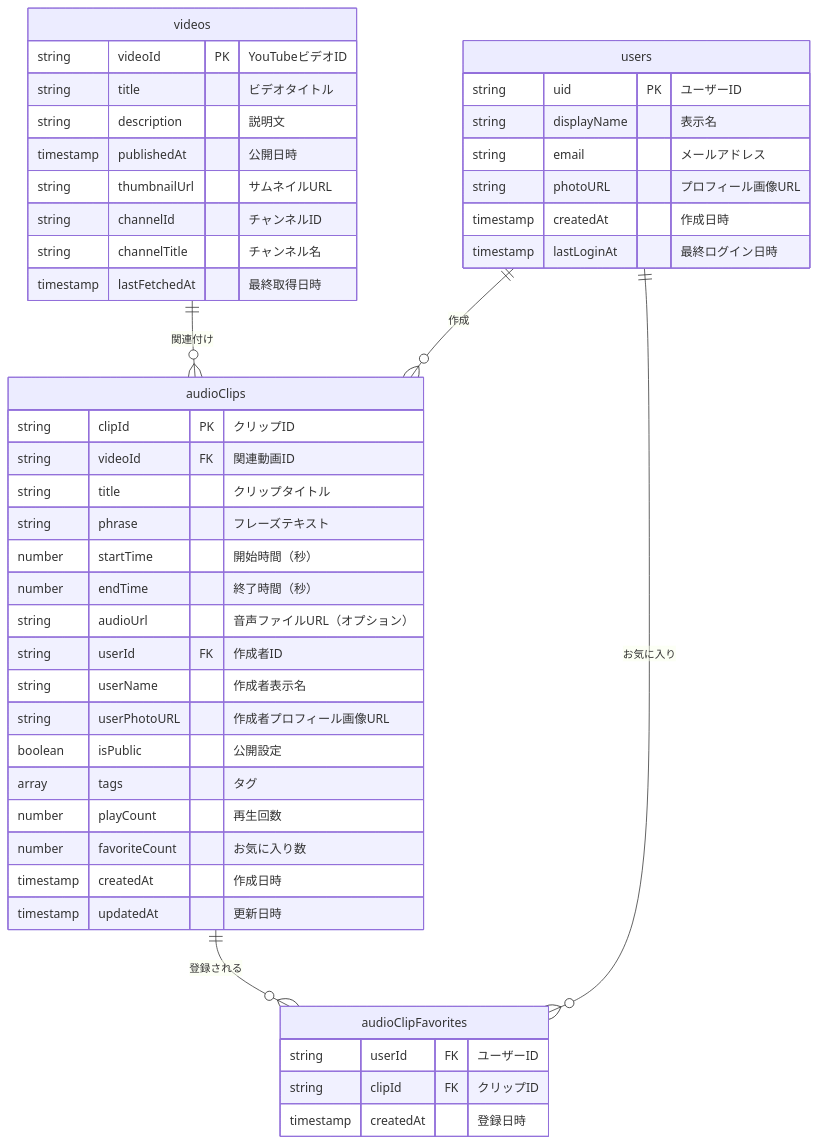
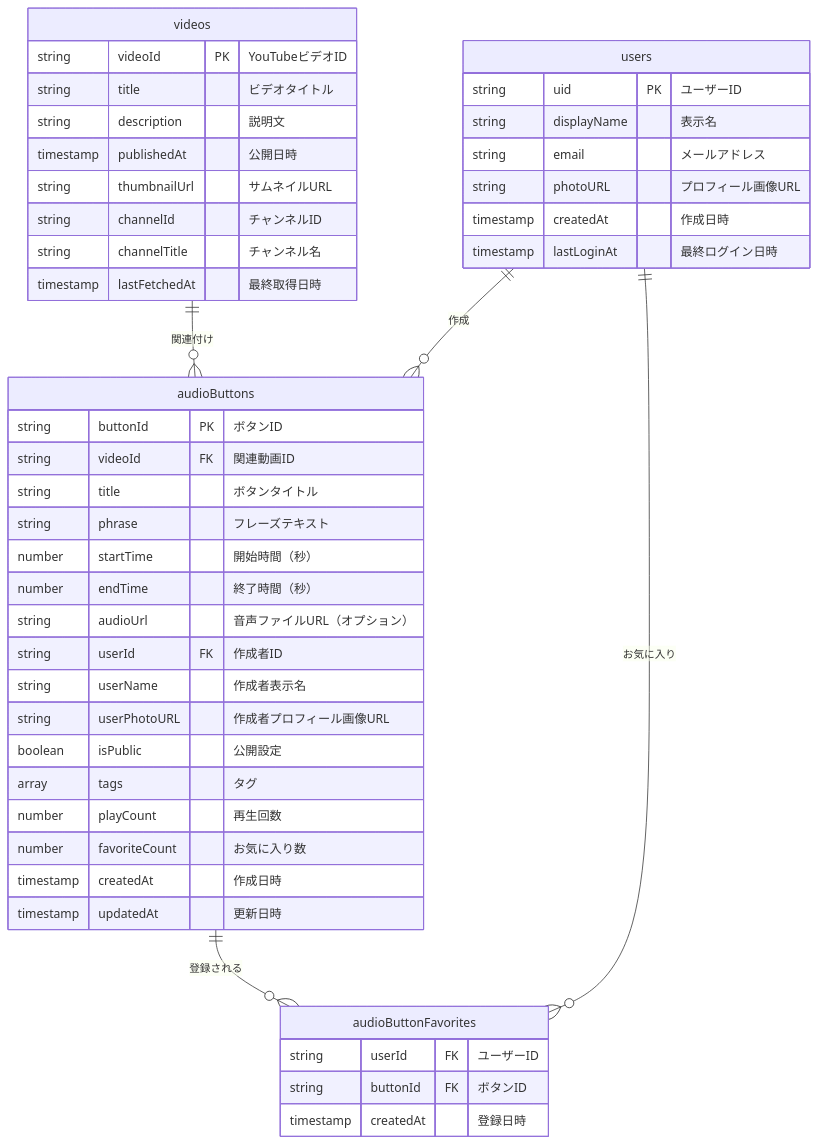
The first of 2 diagrams in docs/AUDIO_CLIP_DESIGN.md (nothink-jp/suzumina.click), drawn with Mermaid before and after one commit. The commit also changed other lines of this file and 10 other files, not shown here.

````diff
--- a/docs/AUDIO_CLIP_DESIGN.md
+++ b/docs/AUDIO_CLIP_DESIGN.md
@@ -19,52 +21,52 @@
 ```mermaid
 erDiagram
-    videos ||--o{ audioClips : "関連付け"
-    users ||--o{ audioClips : "作成"
-    users ||--o{ audioClipFavorites : "お気に入り"
-    audioClips ||--o{ audioClipFavorites : "登録される"
+    videos ||--o{ audioButtons : "関連付け"
+    users ||--o{ audioButtons : "作成"
+    users ||--o{ audioButtonFavorites : "お気に入り"
+    audioButtons ||--o{ audioButtonFavorites : "登録される"
 
     videos {
         string videoId PK "YouTubeビデオID"
         string title "ビデオタイトル"
         string description "説明文"
         timestamp publishedAt "公開日時"
         string thumbnailUrl "サムネイルURL"
         string channelId "チャンネルID"
         string channelTitle "チャンネル名"
         timestamp lastFetchedAt "最終取得日時"
     }
 
     users {
         string uid PK "ユーザーID"
         string displayName "表示名"
         string email "メールアドレス"
         string photoURL "プロフィール画像URL"
         timestamp createdAt "作成日時"
         timestamp lastLoginAt "最終ログイン日時"
     }
 
-    audioClips {
-        string clipId PK "クリップID"
+    audioButtons {
+        string buttonId PK "ボタンID"
         string videoId FK "関連動画ID"
-        string title "クリップタイトル"
+        string title "ボタンタイトル"
         string phrase "フレーズテキスト"
         number startTime "開始時間（秒）"
         number endTime "終了時間（秒）"
         string audioUrl "音声ファイルURL（オプション）"
         string userId FK "作成者ID"
         string userName "作成者表示名"
         string userPhotoURL "作成者プロフィール画像URL"
         boolean isPublic "公開設定"
         array tags "タグ"
         number playCount "再生回数"
         number favoriteCount "お気に入り数"
         timestamp createdAt "作成日時"
         timestamp updatedAt "更新日時"
     }
 
-    audioClipFavorites {
+    audioButtonFavorites {
         string userId FK "ユーザーID"
-        string clipId FK "クリップID"
+        string buttonId FK "ボタンID"
         timestamp createdAt "登録日時"
     }
 ```
````
